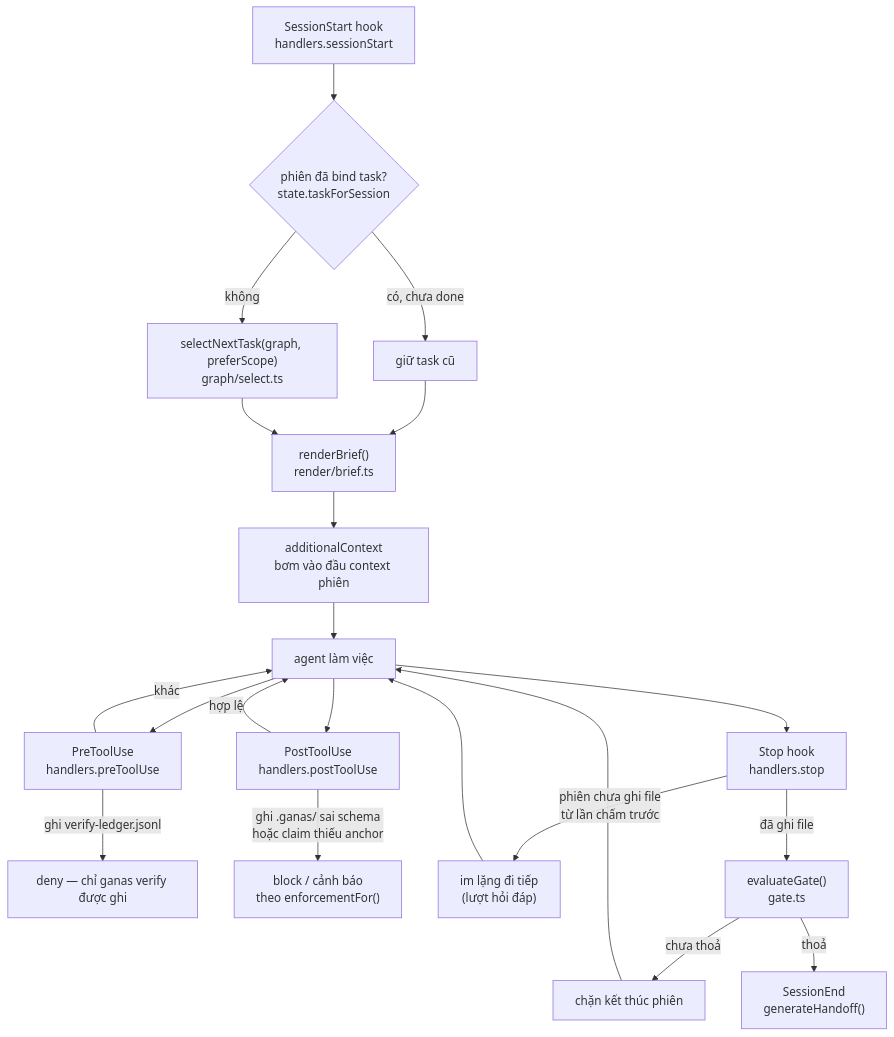
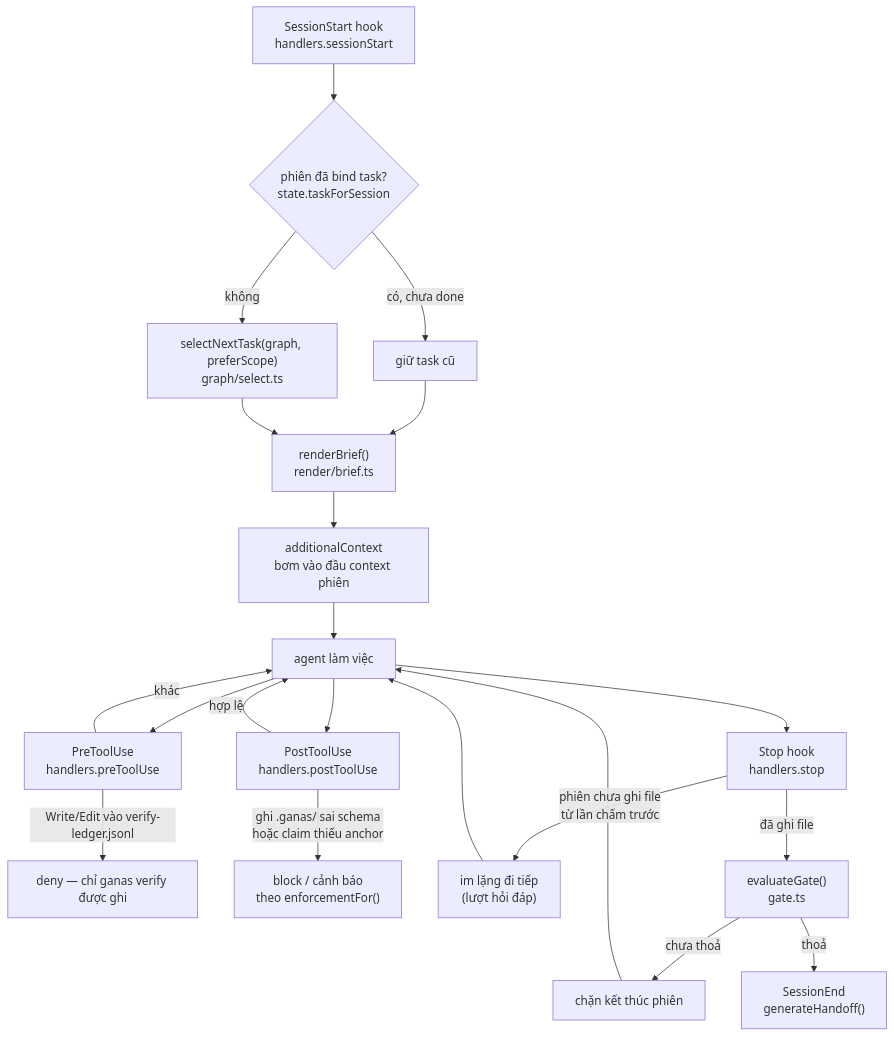
Before and after one commit to tienhm0202/ganas: the second of 6 diagrams in docs/FLOWS.md, drawn with Mermaid. The commit also changed other lines of this file and 25 other files, not shown here.

````diff
--- a/docs/FLOWS.md
+++ b/docs/FLOWS.md
@@ -71,27 +71,27 @@
 ```mermaid
 flowchart TD
   SS["SessionStart hook<br/>handlers.sessionStart"] --> BIND{"phiên đã bind task?<br/>state.taskForSession"}
   BIND -->|có, chưa done| KEEP["giữ task cũ"]
   BIND -->|không| PICK["selectNextTask(graph, preferScope)<br/>graph/select.ts"]
   KEEP --> BRIEF["renderBrief()<br/>render/brief.ts"]
   PICK --> BRIEF
   BRIEF --> CTX["additionalContext<br/>bơm vào đầu context phiên"]
 
   CTX --> WORK["agent làm việc"]
 
   WORK --> PRE["PreToolUse<br/>handlers.preToolUse"]
-  PRE -->|"ghi verify-ledger.jsonl"| DENY["deny — chỉ ganas verify được ghi"]
+  PRE -->|"Write/Edit vào verify-ledger.jsonl"| DENY["deny — chỉ ganas verify được ghi"]
   PRE -->|khác| WORK
 
   WORK --> POST["PostToolUse<br/>handlers.postToolUse"]
   POST -->|"ghi .ganas/ sai schema<br/>hoặc claim thiếu anchor"| WARN["block / cảnh báo<br/>theo enforcementFor()"]
   POST -->|hợp lệ| WORK
 
   WORK --> STOP["Stop hook<br/>handlers.stop"]
   STOP -->|"phiên chưa ghi file<br/>từ lần chấm trước"| QUIET["im lặng đi tiếp<br/>(lượt hỏi đáp)"]
   STOP -->|"đã ghi file"| GATE["evaluateGate()<br/>gate.ts"]
   GATE -->|chưa thoả| BLOCK["chặn kết thúc phiên"]
   GATE -->|thoả| END["SessionEnd<br/>generateHandoff()"]
   BLOCK --> WORK
   QUIET --> WORK
 ```
````
